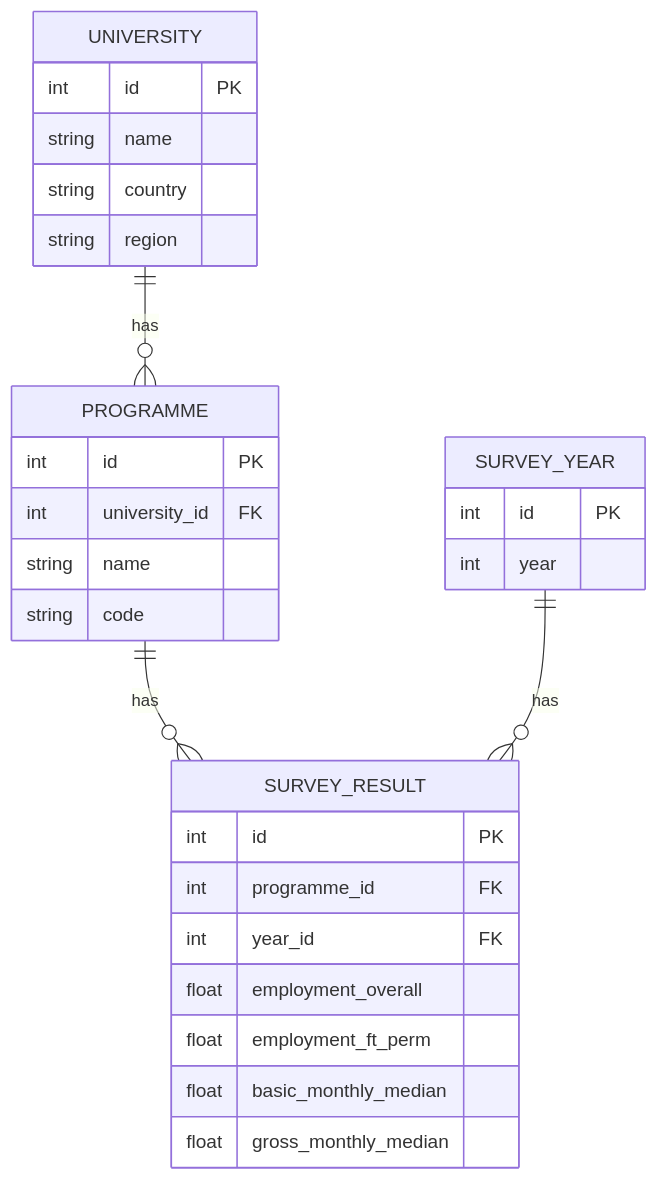
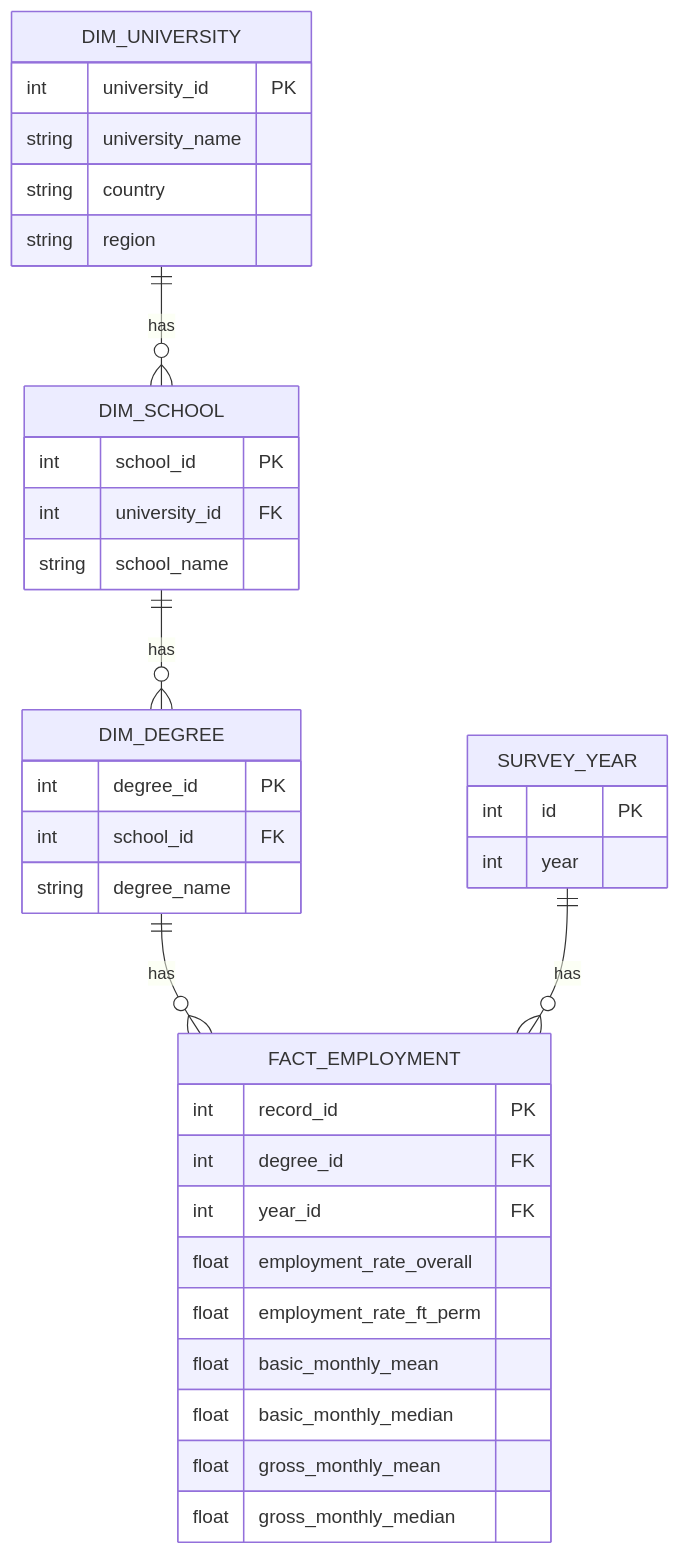
The diagram in erd.md (Lychooo/COMP0035-CK1), drawn with Mermaid before and after one commit. The commit also changed 4 other files, not shown here.

Commit message:
Update .gitignore, pyproject.toml, and 2.1 schema for coursework requirements

````diff
--- a/erd.md
+++ b/erd.md
@@ -1,35 +1,43 @@
 ```mermaid
 erDiagram
-  UNIVERSITY  ||--o{ PROGRAMME     : has
-  PROGRAMME   ||--o{ SURVEY_RESULT : has
-  SURVEY_YEAR ||--o{ SURVEY_RESULT : has
+  DIM_UNIVERSITY  ||--o{ DIM_SCHOOL     : has
+  DIM_SCHOOL     ||--o{ DIM_DEGREE     : has
+  DIM_DEGREE     ||--o{ FACT_EMPLOYMENT: has
+  SURVEY_YEAR    ||--o{ FACT_EMPLOYMENT: has
 
-  UNIVERSITY {
-    int    id      PK
-    string name
+  DIM_UNIVERSITY {
+    int    university_id  PK
+    string university_name
     string country
     string region
   }
 
-  PROGRAMME {
-    int    id           PK
-    int    university_id FK
-    string name
-    string code
+  DIM_SCHOOL {
+    int    school_id      PK
+    int    university_id  FK
+    string school_name
+  }
+
+  DIM_DEGREE {
+    int    degree_id      PK
+    int    school_id      FK
+    string degree_name
   }
 
   SURVEY_YEAR {
-    int    id    PK
+    int    id             PK
     int    year
   }
 
-  SURVEY_RESULT {
-    int    id                 PK
-    int    programme_id       FK
+  FACT_EMPLOYMENT {
+    int    record_id          PK
+    int    degree_id          FK
     int    year_id            FK
-    float  employment_overall
-    float  employment_ft_perm
+    float  employment_rate_overall
+    float  employment_rate_ft_perm
+    float  basic_monthly_mean
     float  basic_monthly_median
+    float  gross_monthly_mean
     float  gross_monthly_median
   }
 ```
````
